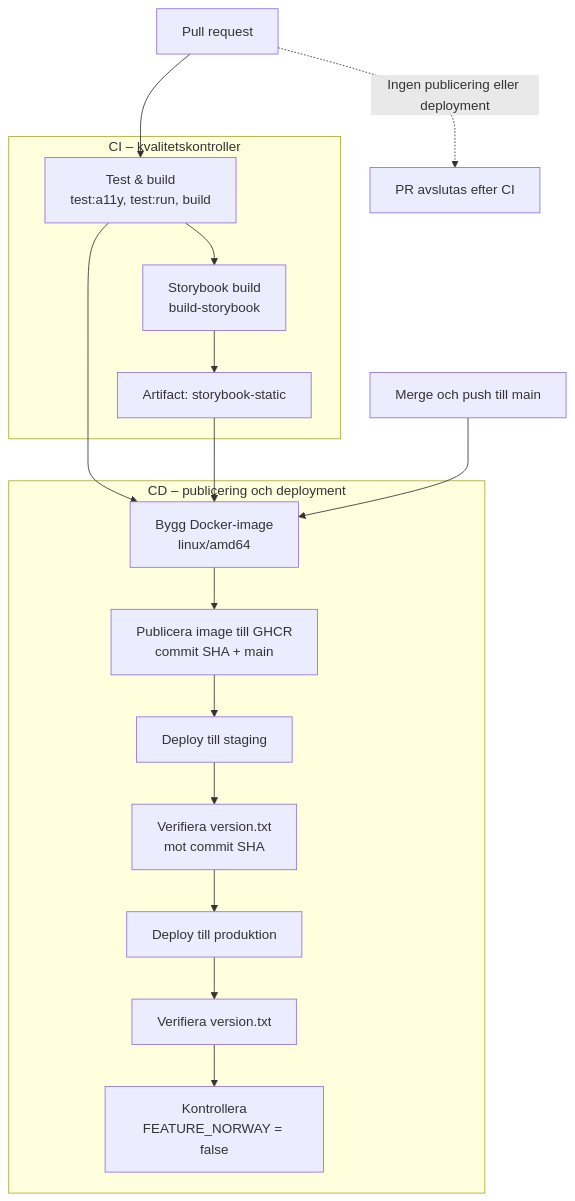
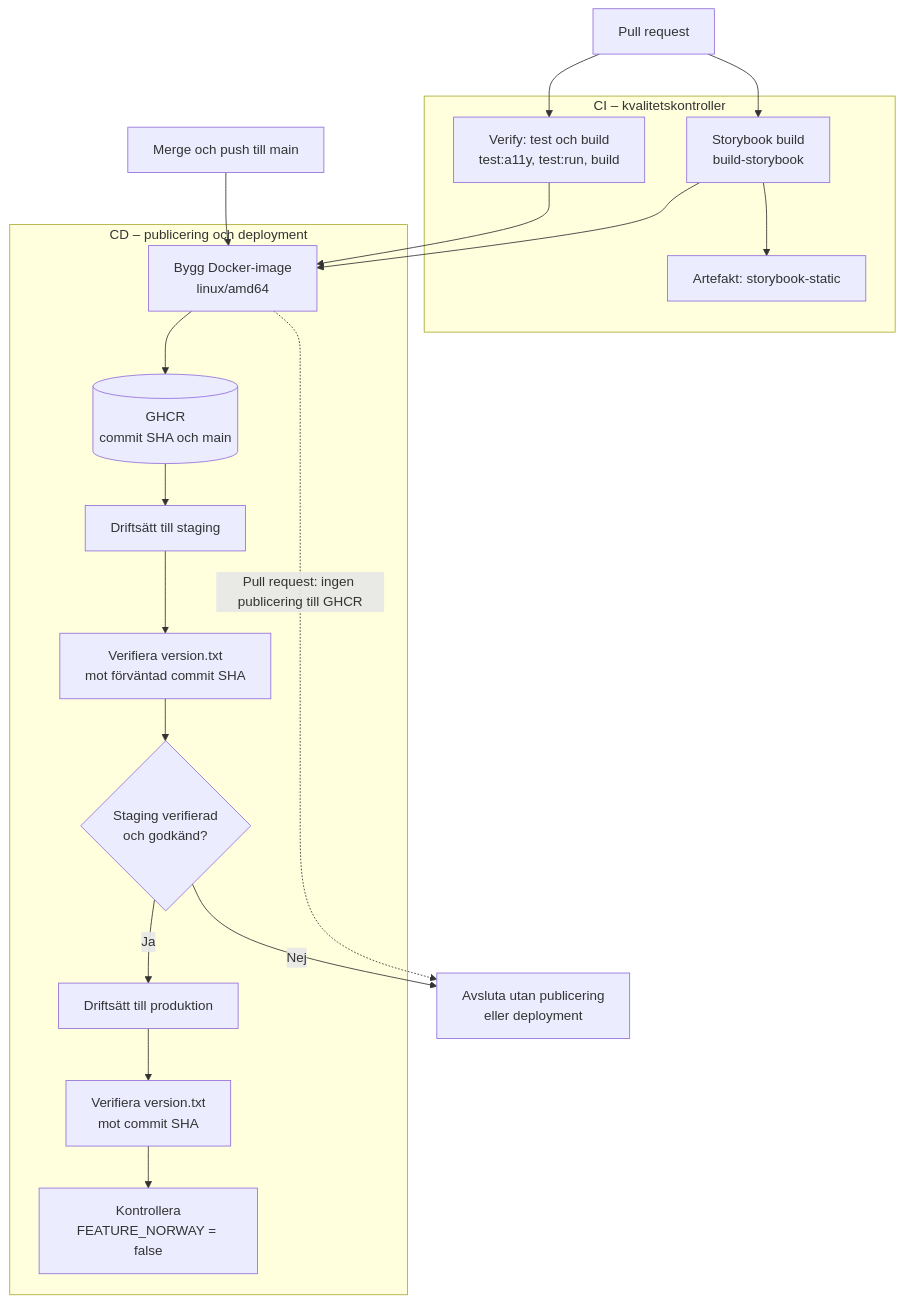
The diagram in docs/pipeline.md (suzan-al-majdalawi/kraftly-suzan-team), drawn with Mermaid before and after one commit. The commit also changed other lines of this file and 2 other files, not shown here.

````diff
--- a/docs/pipeline.md
+++ b/docs/pipeline.md
@@ -7,33 +11,44 @@
 ```mermaid
 flowchart TD
     PR["Pull request"]
     MAIN["Merge och push till main"]
 
     subgraph CI["CI – kvalitetskontroller"]
-        V["Test & build<br/>test:a11y, test:run, build"]
+        V["Verify: test och build<br/>test:a11y, test:run, build"]
         S["Storybook build<br/>build-storybook"]
-        ART["Artifact: storybook-static"]
-        V --> S
-        S --> ART
+        ART["Artefakt: storybook-static"]
     end
-
-    PR --> V
 
     subgraph CD["CD – publicering och deployment"]
         IMG["Bygg Docker-image<br/>linux/amd64"]
-        GHCR["Publicera image till GHCR<br/>commit SHA + main"]
-        ST["Deploy till staging"]
-        STV["Verifiera version.txt<br/>mot commit SHA"]
-        PROD["Deploy till produktion"]
-        PV["Verifiera version.txt"]
+        GHCR[("GHCR<br/>commit SHA och main")]
+        ST["Driftsätt till staging"]
+        STV["Verifiera version.txt<br/>mot förväntad commit SHA"]
+        APPROVE{"Staging verifierad<br/>och godkänd?"}
+        PROD["Driftsätt till produktion"]
+        PV["Verifiera version.txt<br/>mot commit SHA"]
         FLAG["Kontrollera<br/>FEATURE_NORWAY = false"]
-
-        IMG --> GHCR --> ST --> STV --> PROD --> PV --> FLAG
     end
 
+    STOP["Avsluta utan publicering<br/>eller deployment"]
+
+    PR --> V
+    PR --> S
     V --> IMG
-    ART --> IMG
+    S --> ART
+    S --> IMG
+
     MAIN --> IMG
+    IMG --> GHCR
+    GHCR --> ST
+    ST --> STV
+    STV --> APPROVE
 
-    PR -. "Ingen publicering eller deployment" .-> STOP["PR avslutas efter CI"]
+    APPROVE -->|"Ja"| PROD
+    APPROVE -->|"Nej"| STOP
+
+    PROD --> PV
+    PV --> FLAG
+
+    IMG -.->|"Pull request: ingen publicering till GHCR"| STOP
 ```
````
